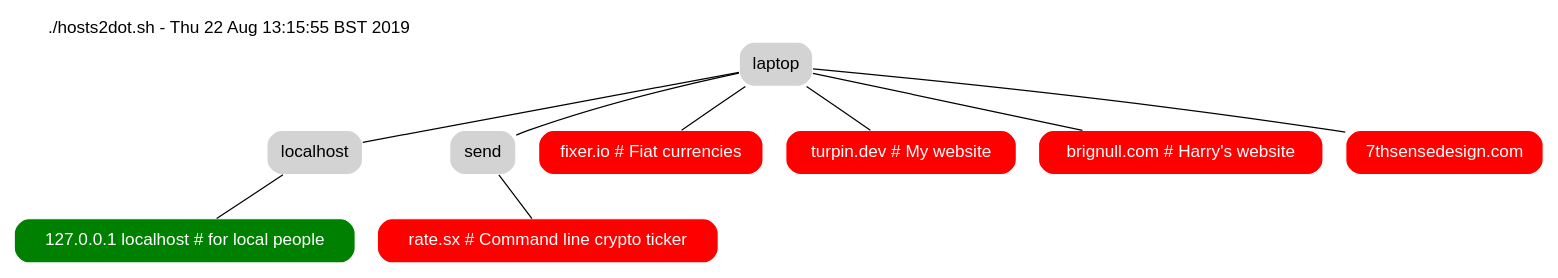
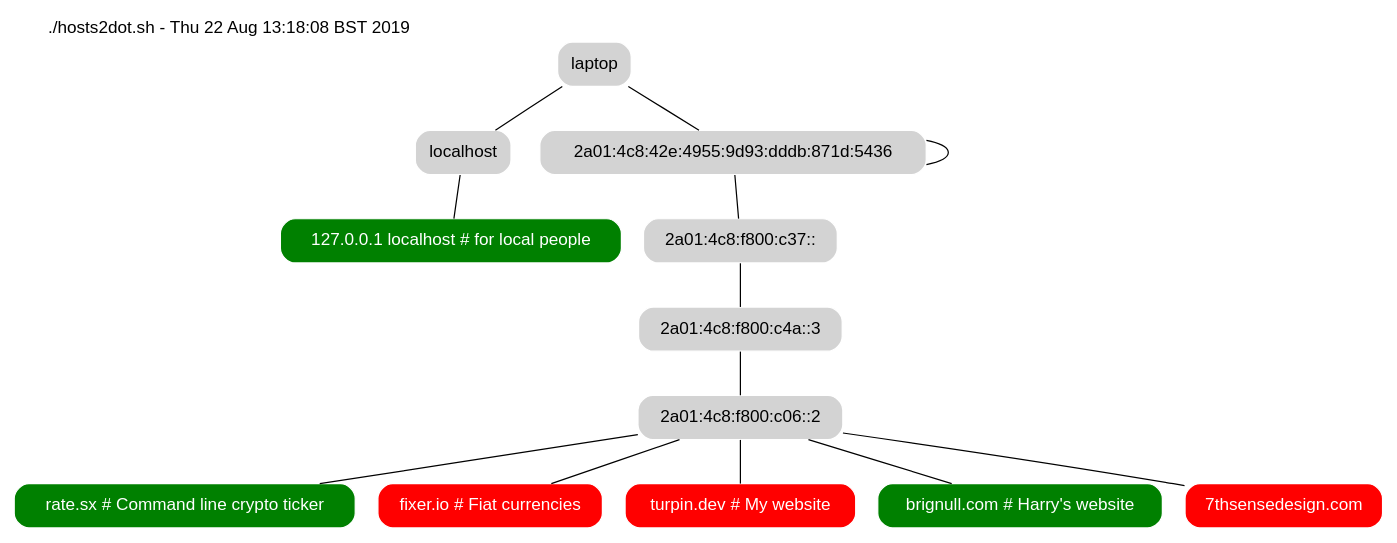
The diagram in artefacts/hosts2dot/topology.dot (deanturpin/magnum-ci), drawn with Graphviz before and after one commit. The commit also changed 5 other files, not shown here.

```diff
--- a/artefacts/hosts2dot/topology.dot
+++ b/artefacts/hosts2dot/topology.dot
@@ -1,18 +1,18 @@
 strict graph {
 fontname=helvetica
 node [shape=rect style="filled,rounded" color=white fillcolor=lightgrey fontname=helvetica]
 soy_yo [label="laptop"]
-graph [label="./hosts2dot.sh - Thu 22 Aug 13:15:55 BST 2019" labelloc=top labeljust=left]
+graph [label="./hosts2dot.sh - Thu 22 Aug 13:18:08 BST 2019" labelloc=top labeljust=left]
 "127.0.0.1 localhost # for local people" [fillcolor=green fontcolor=white]
 soy_yo--"localhost"--"127.0.0.1 localhost # for local people"
-"rate.sx # Command line crypto ticker" [fillcolor=red fontcolor=white]
-soy_yo--"send"--"rate.sx # Command line crypto ticker"
+"rate.sx # Command line crypto ticker" [fillcolor=green fontcolor=white]
+soy_yo--"2a01:4c8:42e:4955:9d93:dddb:871d:5436"--"2a01:4c8:42e:4955:9d93:dddb:871d:5436"--"2a01:4c8:f800:c37::"--"2a01:4c8:f800:c4a::3"--"2a01:4c8:f800:c06::2"--"rate.sx # Command line crypto ticker"
 "fixer.io # Fiat currencies" [fillcolor=red fontcolor=white]
-soy_yo--"fixer.io # Fiat currencies"
+soy_yo--"2a01:4c8:42e:4955:9d93:dddb:871d:5436"--"2a01:4c8:42e:4955:9d93:dddb:871d:5436"--"2a01:4c8:f800:c37::"--"2a01:4c8:f800:c4a::3"--"2a01:4c8:f800:c06::2"--"fixer.io # Fiat currencies"
 "turpin.dev # My website" [fillcolor=red fontcolor=white]
-soy_yo--"turpin.dev # My website"
-"brignull.com # Harry's website" [fillcolor=red fontcolor=white]
-soy_yo--"brignull.com # Harry's website"
+soy_yo--"2a01:4c8:42e:4955:9d93:dddb:871d:5436"--"2a01:4c8:42e:4955:9d93:dddb:871d:5436"--"2a01:4c8:f800:c37::"--"2a01:4c8:f800:c4a::3"--"2a01:4c8:f800:c06::2"--"turpin.dev # My website"
+"brignull.com # Harry's website" [fillcolor=green fontcolor=white]
+soy_yo--"2a01:4c8:42e:4955:9d93:dddb:871d:5436"--"2a01:4c8:f800:c37::"--"2a01:4c8:f800:c4a::3"--"2a01:4c8:f800:c06::2"--"brignull.com # Harry's website"
 "7thsensedesign.com" [fillcolor=red fontcolor=white]
-soy_yo--"7thsensedesign.com"
+soy_yo--"2a01:4c8:42e:4955:9d93:dddb:871d:5436"--"2a01:4c8:42e:4955:9d93:dddb:871d:5436"--"2a01:4c8:f800:c37::"--"2a01:4c8:f800:c4a::3"--"2a01:4c8:f800:c06::2"--"7thsensedesign.com"
 }
```
